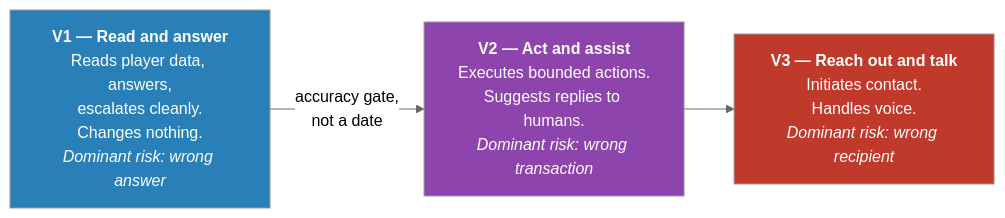
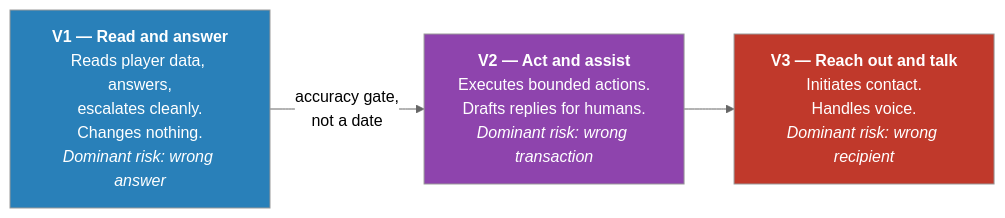
Before and after one commit to sdannuri/iGamingAgent: the first of 12 diagrams in Design.md, drawn with Mermaid (neutral theme). The commit also changed other lines of this file and 2 other files, not shown here.

````diff
--- a/Design.md
+++ b/Design.md
@@ -63,12 +79,12 @@
 ```mermaid
 graph LR
     V1["<b>V1 — Read and answer</b><br/>Reads player data, answers,<br/>escalates cleanly.<br/>Changes nothing.<br/><i>Dominant risk: wrong answer</i>"]
-    V2["<b>V2 — Act and assist</b><br/>Executes bounded actions.<br/>Suggests replies to humans.<br/><i>Dominant risk: wrong transaction</i>"]
+    V2["<b>V2 — Act and assist</b><br/>Executes bounded actions.<br/>Drafts replies for humans.<br/><i>Dominant risk: wrong transaction</i>"]
     V3["<b>V3 — Reach out and talk</b><br/>Initiates contact.<br/>Handles voice.<br/><i>Dominant risk: wrong recipient</i>"]
 
     V1 -->|"accuracy gate,<br/>not a date"| V2 --> V3
 
     style V1 fill:#2980b9,color:#fff
     style V2 fill:#8e44ad,color:#fff
     style V3 fill:#c0392b,color:#fff
 ```
````
